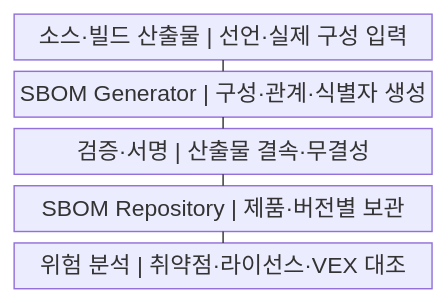
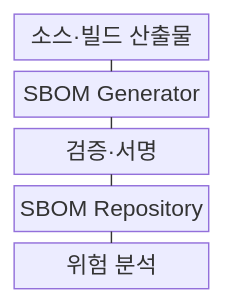
Before and after one commit to agnusdei1207/knowledge-base: the first of 2 diagrams in src/content/docs/notes/03-software/183_sbom.md, drawn with Mermaid. The commit also changed other lines of this file and 238 other files, not shown here.

````diff
--- a/src/content/docs/notes/03-software/183_sbom.md
+++ b/src/content/docs/notes/03-software/183_sbom.md
@@ -55,13 +55,13 @@
 ```mermaid
-block
+block-beta
     columns 1
-    A["소스·빌드 산출물 | 선언·실제 구성 입력"]
-    B["SBOM Generator | 구성·관계·식별자 생성"]
-    C["검증·서명 | 산출물 결속·무결성"]
-    D["SBOM Repository | 제품·버전별 보관"]
-    E["위험 분석 | 취약점·라이선스·VEX 대조"]
+    A["소스·빌드 산출물"]
+    B["SBOM Generator"]
+    C["검증·서명"]
+    D["SBOM Repository"]
+    E["위험 분석"]
     A --- B
     B --- C
     C --- D
     D --- E
 ```
````
